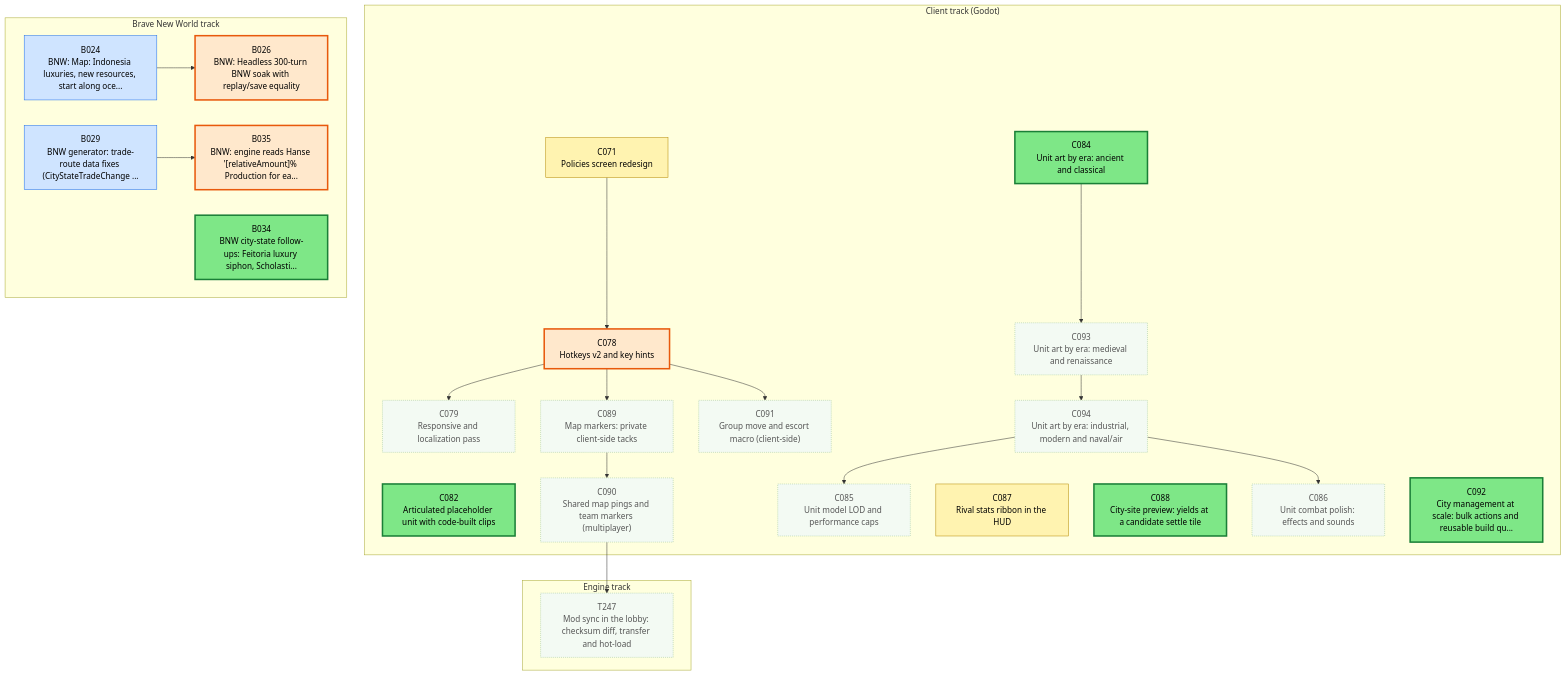
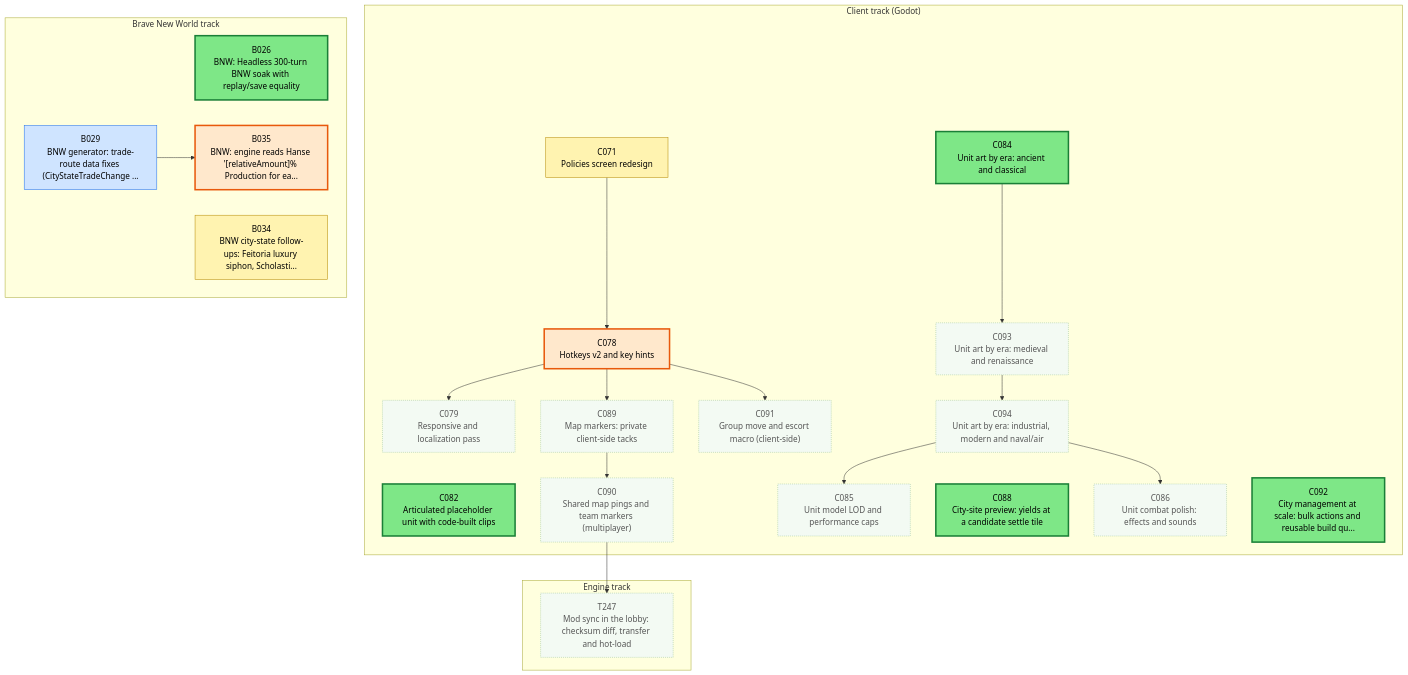
Before and after one commit to Kenmura/Unciv: the first of 3 diagrams in csharp/migration/DEPENDENCY_MAP.md, drawn with Mermaid. The commit also changed other lines of this file and 1 other file, not shown here.

Commit message:
migration: review C087 pass [Adversarial Review]

````diff
--- a/csharp/migration/DEPENDENCY_MAP.md
+++ b/csharp/migration/DEPENDENCY_MAP.md
@@ -25,70 +25,65 @@
 ```mermaid
 flowchart TD
   subgraph TTRACK["Engine track"]
     T247["T247<br/>Mod sync in the lobby: checksum diff, transfer and hot-load"]
   end
   subgraph CTRACK["Client track (Godot)"]
     C071["C071<br/>Policies screen redesign"]
     C078["C078<br/>Hotkeys v2 and key hints"]
     C079["C079<br/>Responsive and localization pass"]
     C082["C082<br/>Articulated placeholder unit with code-built clips"]
     C084["C084<br/>Unit art by era: ancient and classical"]
     C085["C085<br/>Unit model LOD and performance caps"]
     C086["C086<br/>Unit combat polish: effects and sounds"]
-    C087["C087<br/>Rival stats ribbon in the HUD"]
     C088["C088<br/>City-site preview: yields at a candidate settle tile"]
     C089["C089<br/>Map markers: private client-side tacks"]
     C090["C090<br/>Shared map pings and team markers (multiplayer)"]
     C091["C091<br/>Group move and escort macro (client-side)"]
     C092["C092<br/>City management at scale: bulk actions and reusable build qu..."]
     C093["C093<br/>Unit art by era: medieval and renaissance"]
     C094["C094<br/>Unit art by era: industrial, modern and naval/air"]
   end
   subgraph BTRACK["Brave New World track"]
-    B024["B024<br/>BNW: Map: Indonesia luxuries, new resources, start along oce..."]
     B026["B026<br/>BNW: Headless 300-turn BNW soak with replay/save equality"]
     B029["B029<br/>BNW generator: trade-route data fixes (CityStateTradeChange ..."]
     B034["B034<br/>BNW city-state follow-ups: Feitoria luxury siphon, Scholasti..."]
     B035["B035<br/>BNW: engine reads Hanse '[relativeAmount]% Production for ea..."]
   end
   C090 --> T247
   C071 --> C078
   C078 --> C079
   C094 --> C085
   C094 --> C086
   C078 --> C089
   C089 --> C090
   C078 --> C091
   C084 --> C093
   C093 --> C094
-  B024 --> B026
   B029 --> B035
   classDef waiting fill:#f3faf3,stroke:#9bc49b,color:#555,stroke-dasharray:2 2
   classDef ondeck fill:#ffe8cc,stroke:#e8590c,stroke-width:3px,color:#000
   classDef ready fill:#7ee787,stroke:#1a7f37,stroke-width:3px,color:#000
   classDef prog fill:#fff3b0,stroke:#b58900,color:#000
   classDef review fill:#cfe4ff,stroke:#1f6feb,color:#000
   classDef blocked fill:#ffd6d6,stroke:#c62828,color:#000
   classDef done fill:#eeeeee,stroke:#999999,color:#666,stroke-dasharray:4 3
-  class B024 review
-  class B026 ondeck
+  class B026 ready
   class B029 review
-  class B034 ready
+  class B034 prog
   class B035 ondeck
   class C071 prog
   class C078 ondeck
   class C079 waiting
   class C082 ready
   class C084 ready
   class C085 waiting
   class C086 waiting
-  class C087 prog
   class C088 ready
   class C089 waiting
   class C090 waiting
   class C091 waiting
   class C092 ready
   class C093 waiting
   class C094 waiting
   class T247 waiting
 ```
````
